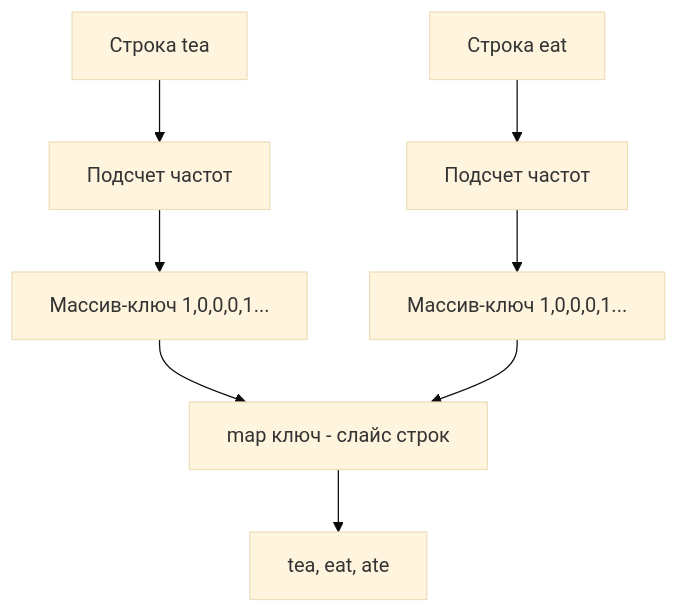
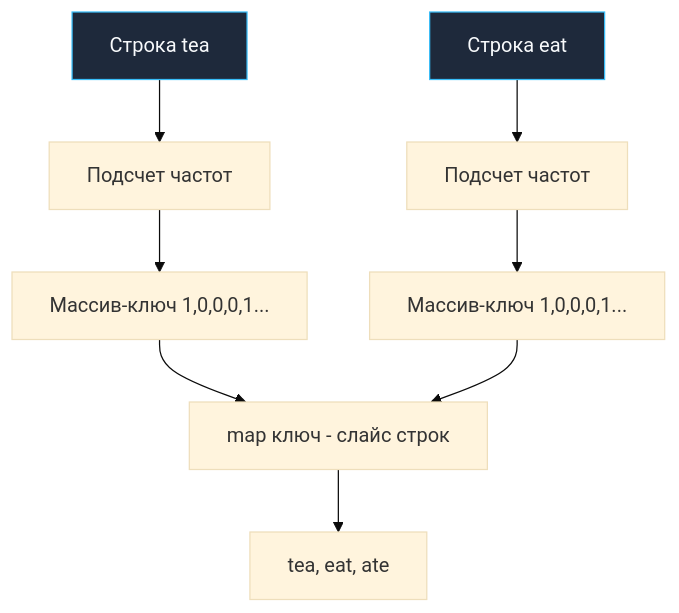
One commit to UnrealTemplier/go-textbook changed the diagram in sources/21. Задачи с LeetCode и собеседований на Go/02. Задачи/05. Хеш таблицы/3. Group Anagrams.md. Above: the diagram before and after it, drawn with Mermaid (base theme). The commit also changed 1666 other files, not shown here.

First line of the commit message:
feat(mermaid): add semantic color classDef to 1369 colorless flowchart/graph diagrams

````diff
--- a/sources/21. Задачи с LeetCode и собеседований на Go/02. Задачи/05. Хеш таблицы/3. Group Anagrams.md
+++ b/sources/21. Задачи с LeetCode и собеседований на Go/02. Задачи/05. Хеш таблицы/3. Group Anagrams.md
@@ -122,13 +122,23 @@
 ```mermaid
 flowchart TD
-    A["Строка tea"] --> B["Подсчет частот"]
-    C["Строка eat"] --> D["Подсчет частот"]
+    classDef process  fill:#1e293b,stroke:#38bdf8,stroke-width:1px,color:#f8fafc
+    classDef success  fill:#064e3b,stroke:#34d399,stroke-width:1px,color:#f8fafc
+    classDef error    fill:#7f1d1d,stroke:#f87171,stroke-width:1px,color:#f8fafc
+    classDef warning  fill:#78350f,stroke:#fbbf24,stroke-width:1px,color:#f8fafc
+    classDef entry    fill:#1e3a5f,stroke:#38bdf8,stroke-width:2px,color:#f8fafc
+    classDef aux      fill:#334155,stroke:#64748b,stroke-width:1px,color:#f8fafc
+    classDef system   fill:#312e81,stroke:#a78bfa,stroke-width:1px,color:#f8fafc
+    classDef data     fill:#132d29,stroke:#2dd4bf,stroke-width:1px,color:#f8fafc
+    classDef network  fill:#881337,stroke:#fb7185,stroke-width:1px,color:#f8fafc
+    classDef accent   fill:#1e1b4b,stroke:#818cf8,stroke-width:1px,color:#f8fafc
+    A["Строка tea"]:::process --> B["Подсчет частот"]
+    C["Строка eat"]:::process --> D["Подсчет частот"]
     
     B --> E["Массив-ключ 1,0,0,0,1..."]
     D --> F["Массив-ключ 1,0,0,0,1..."]
     
     E --> G["map ключ - слайс строк"]
     F --> G
     
     G --> H["tea, eat, ate"]
 ```
````
